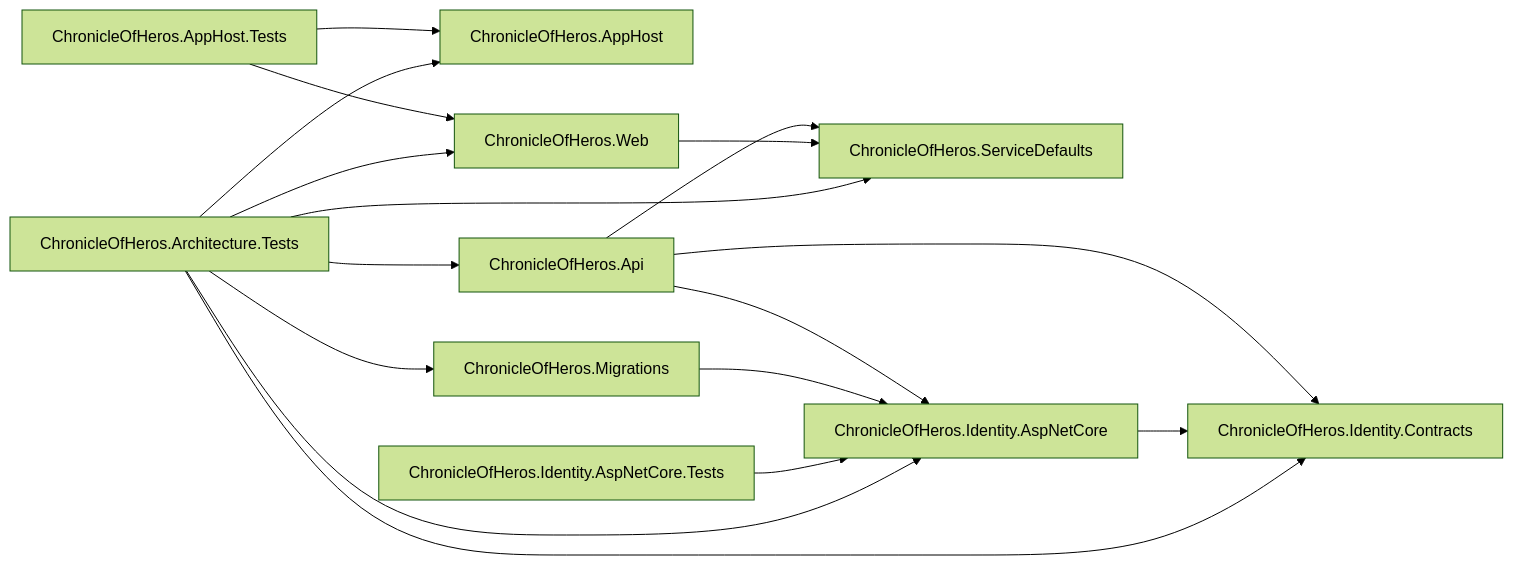
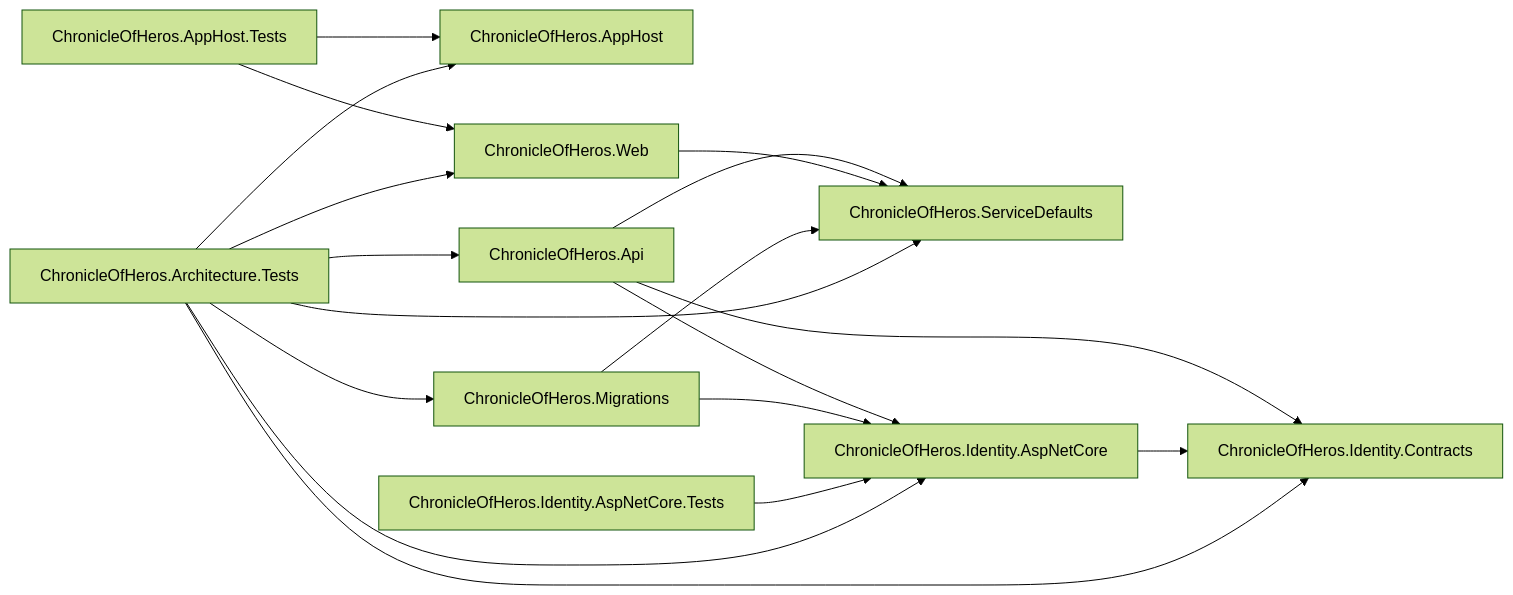
One commit to FlorianAlbert/ChronicleOfHeros changed the diagram in docs/architecture/solution/projects.md. Above: the diagram before and after it, drawn with Mermaid (forest theme). The commit also changed other lines of this file and 28 other files, not shown here.

````diff
--- a/docs/architecture/solution/projects.md
+++ b/docs/architecture/solution/projects.md
@@ -11,30 +11,31 @@
 ```mermaid
 %% verify: project-references
 flowchart LR
     appHost["ChronicleOfHeros.AppHost"]
     api["ChronicleOfHeros.Api"]
     web["ChronicleOfHeros.Web"]
     migrations["ChronicleOfHeros.Migrations"]
     serviceDefaults["ChronicleOfHeros.ServiceDefaults"]
     identityAspNetCore["ChronicleOfHeros.Identity.AspNetCore"]
     identityContracts["ChronicleOfHeros.Identity.Contracts"]
     appHostTests["ChronicleOfHeros.AppHost.Tests"]
     identityTests["ChronicleOfHeros.Identity.AspNetCore.Tests"]
     architectureTests["ChronicleOfHeros.Architecture.Tests"]
     api --> serviceDefaults
     api --> identityAspNetCore
     api --> identityContracts
     web --> serviceDefaults
     migrations --> identityAspNetCore
+    migrations --> serviceDefaults
     identityAspNetCore --> identityContracts
     appHostTests --> appHost
     appHostTests --> web
     identityTests --> identityAspNetCore
     architectureTests --> api
     architectureTests --> appHost
     architectureTests --> identityAspNetCore
     architectureTests --> identityContracts
     architectureTests --> migrations
     architectureTests --> serviceDefaults
     architectureTests --> web
 ```
````
